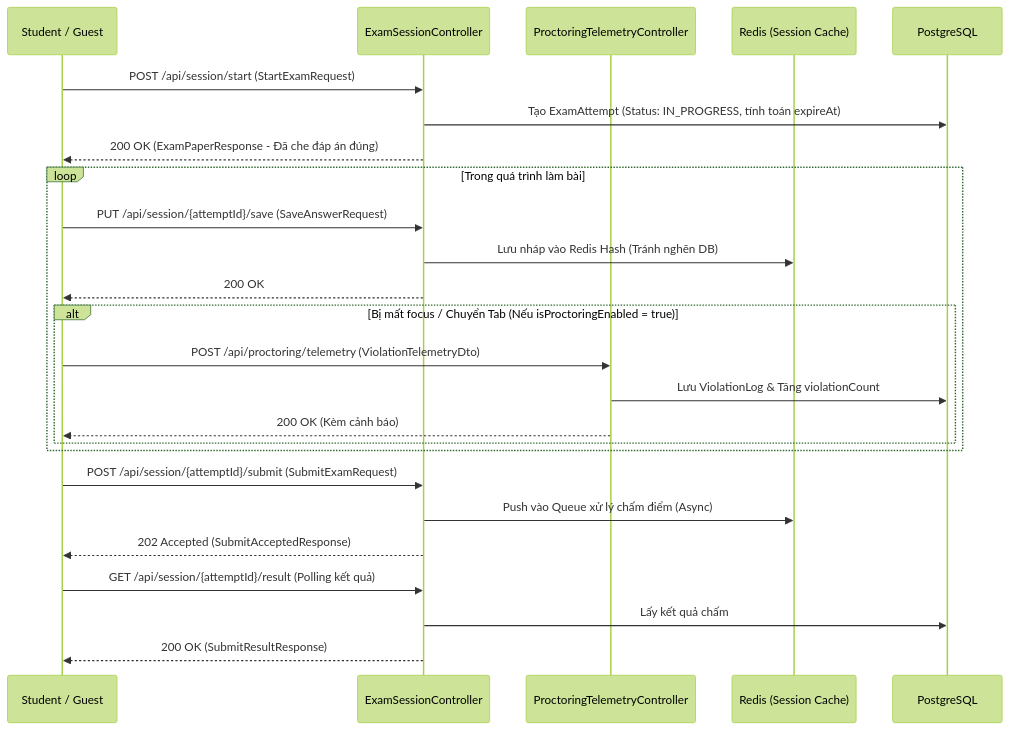
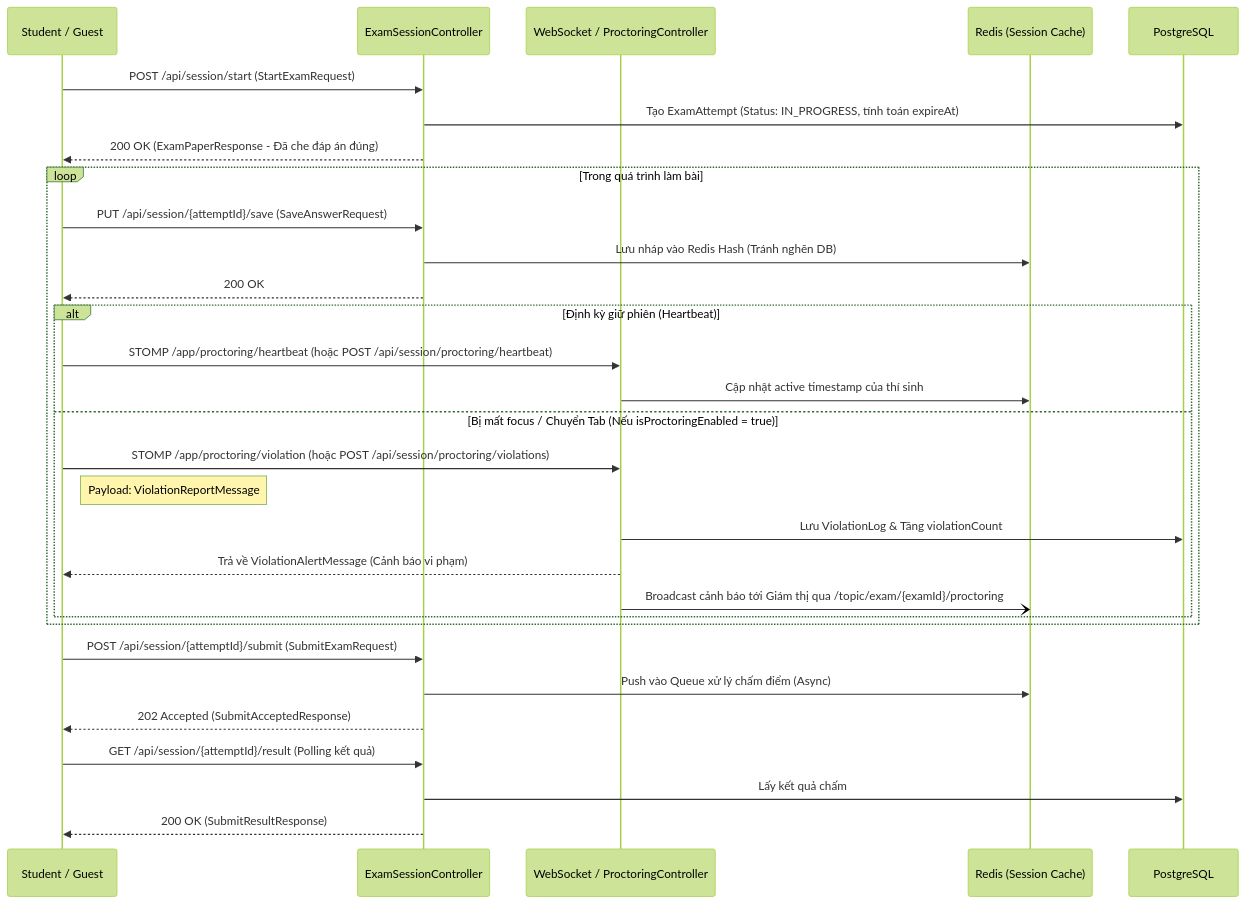
One commit to ayana0409/QuickTest changed the third of 9 diagrams in quick-test-system-flows.md. Above: the diagram before and after it, drawn with Mermaid (forest theme). The commit also changed other lines of this file and 5 other files, not shown here.

````diff
--- a/quick-test-system-flows.md
+++ b/quick-test-system-flows.md
@@ -70,32 +70,37 @@
 ```mermaid
 sequenceDiagram
     participant S as Student / Guest
     participant C as ExamSessionController
-    participant P as ProctoringTelemetryController
+    participant W as WebSocket / ProctoringController
     participant R as Redis (Session Cache)
     participant DB as PostgreSQL
     
     S->>C: POST /api/session/start (StartExamRequest)
     C->>DB: Tạo ExamAttempt (Status: IN_PROGRESS, tính toán expireAt)
     C-->>S: 200 OK (ExamPaperResponse - Đã che đáp án đúng)
     
     loop Trong quá trình làm bài
         S->>C: PUT /api/session/{attemptId}/save (SaveAnswerRequest)
         C->>R: Lưu nháp vào Redis Hash (Tránh nghẽn DB)
         C-->>S: 200 OK
         
-        alt Bị mất focus / Chuyển Tab (Nếu isProctoringEnabled = true)
-            S->>P: POST /api/proctoring/telemetry (ViolationTelemetryDto)
-            P->>DB: Lưu ViolationLog & Tăng violationCount
-            P-->>S: 200 OK (Kèm cảnh báo)
+        alt Định kỳ giữ phiên (Heartbeat)
+            S->>W: STOMP /app/proctoring/heartbeat (hoặc POST /api/session/proctoring/heartbeat)
+            W->>R: Cập nhật active timestamp của thí sinh
+        else Bị mất focus / Chuyển Tab (Nếu isProctoringEnabled = true)
+            S->>W: STOMP /app/proctoring/violation (hoặc POST /api/session/proctoring/violations)
+            Note right of S: Payload: ViolationReportMessage
+            W->>DB: Lưu ViolationLog & Tăng violationCount
+            W-->>S: Trả về ViolationAlertMessage (Cảnh báo vi phạm)
+            W-)R: Broadcast cảnh báo tới Giám thị qua /topic/exam/{examId}/proctoring
         end
     end
     
     S->>C: POST /api/session/{attemptId}/submit (SubmitExamRequest)
     C->>R: Push vào Queue xử lý chấm điểm (Async)
     C-->>S: 202 Accepted (SubmitAcceptedResponse)
     
     S->>C: GET /api/session/{attemptId}/result (Polling kết quả)
     C->>DB: Lấy kết quả chấm
     C-->>S: 200 OK (SubmitResultResponse)
 ```
````
